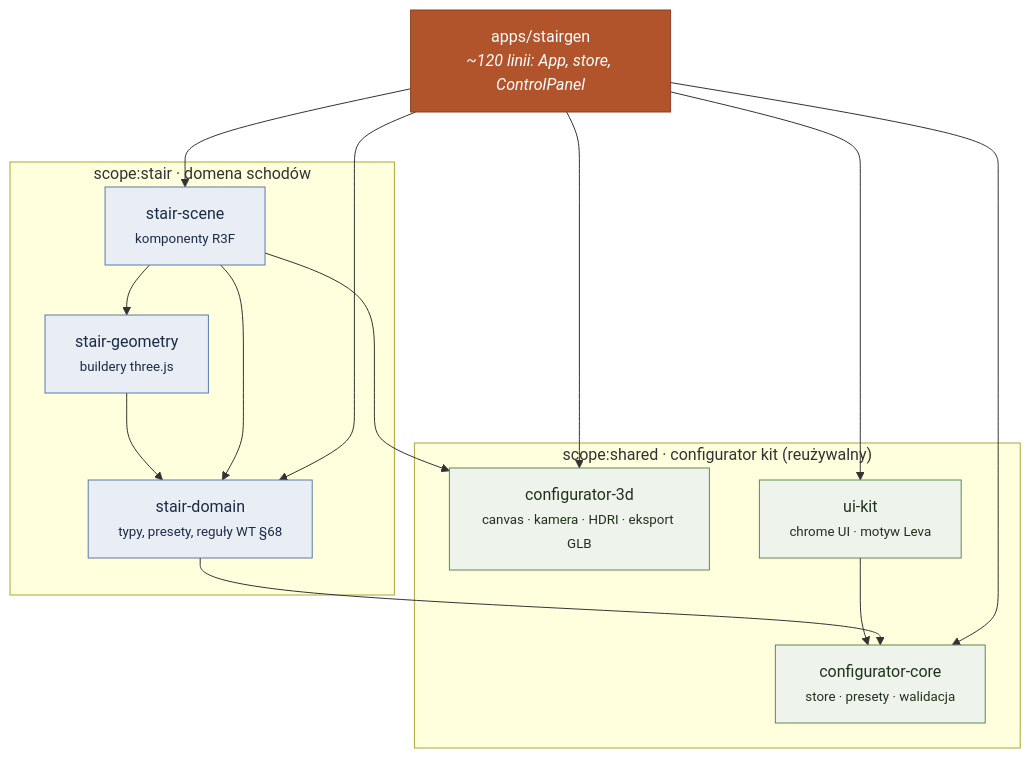
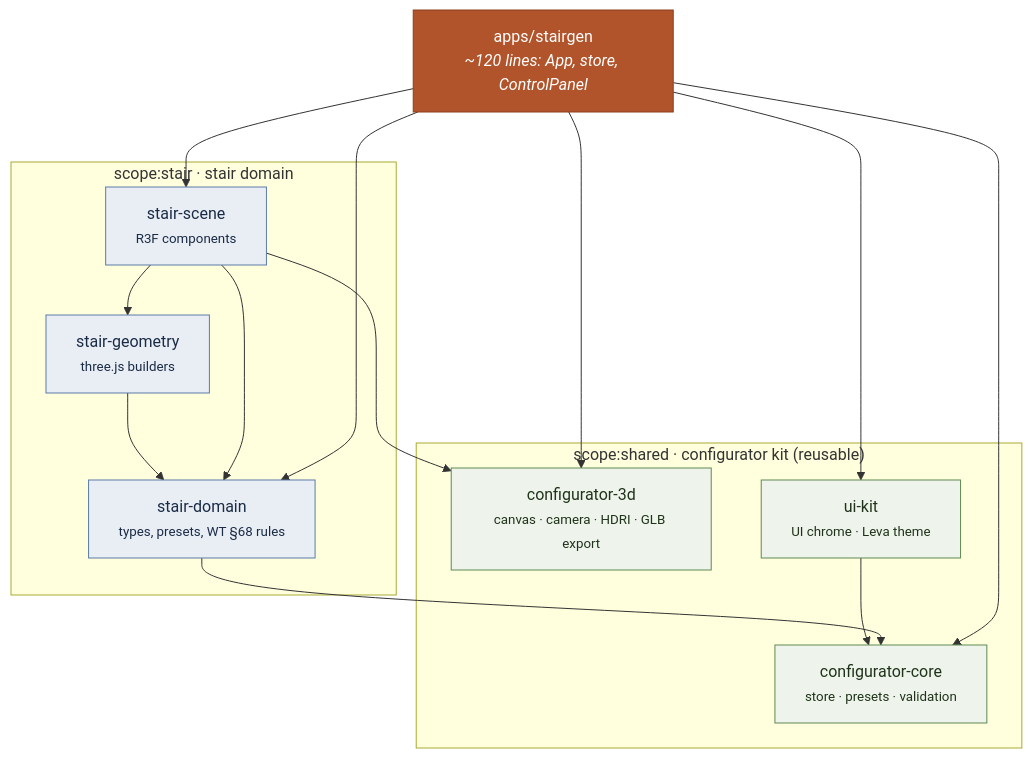
One commit to przemeknowak781/nxGenerator changed the first of 3 diagrams in README.md. Above: the diagram before and after it, drawn with Mermaid. The commit also changed other lines of this file, not shown here.

````diff
--- a/README.md
+++ b/README.md
@@ -39,27 +39,27 @@
 ```mermaid
 flowchart TD
-    S["apps/stairgen<br/><i>~120 linii: App, store, ControlPanel</i>"]
+    S["apps/stairgen<br/><i>~120 lines: App, store, ControlPanel</i>"]
 
-    subgraph stair["scope:stair · domena schodów"]
-        SSC["stair-scene<br/><small>komponenty R3F</small>"]
-        SGE["stair-geometry<br/><small>buildery three.js</small>"]
-        SDO["stair-domain<br/><small>typy, presety, reguły WT §68</small>"]
+    subgraph stair["scope:stair · stair domain"]
+        SSC["stair-scene<br/><small>R3F components</small>"]
+        SGE["stair-geometry<br/><small>three.js builders</small>"]
+        SDO["stair-domain<br/><small>types, presets, WT §68 rules</small>"]
     end
 
-    subgraph shared["scope:shared · configurator kit (reużywalny)"]
-        C3["configurator-3d<br/><small>canvas · kamera · HDRI · eksport GLB</small>"]
-        UI["ui-kit<br/><small>chrome UI · motyw Leva</small>"]
-        CO["configurator-core<br/><small>store · presety · walidacja</small>"]
+    subgraph shared["scope:shared · configurator kit (reusable)"]
+        C3["configurator-3d<br/><small>canvas · camera · HDRI · GLB export</small>"]
+        UI["ui-kit<br/><small>UI chrome · Leva theme</small>"]
+        CO["configurator-core<br/><small>store · presets · validation</small>"]
     end
 
     S --> SSC & UI & C3 & CO & SDO
     SSC --> SGE & SDO & C3
     SGE --> SDO
     SDO --> CO
     UI --> CO
 
     classDef app fill:#b2542b,stroke:#8a3f1f,color:#fff;
     classDef s fill:#e9eef5,stroke:#5b7aa8,color:#1a2b45;
     classDef sh fill:#eef3ec,stroke:#5e8a52,color:#20331a;
     class S app; class SSC,SGE,SDO s; class C3,UI,CO sh;
 ```
````
